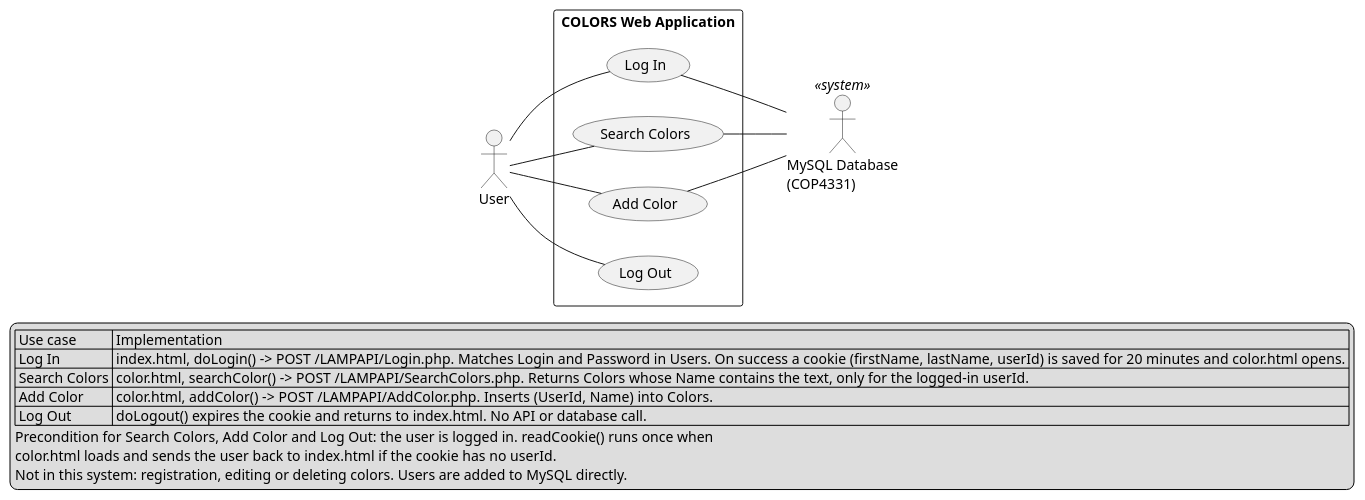
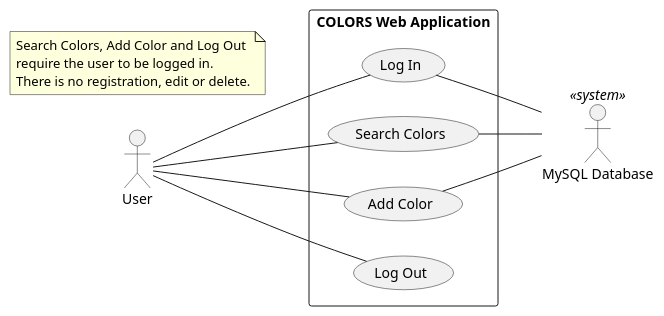
The diagram in docs/uml/usecase.puml (acsahl/colors-lab), drawn with PlantUML before and after one commit. The commit also changed 5 other files, not shown here.

First line of the commit message:
Simplify UML diagrams

```diff
--- a/docs/uml/usecase.puml
+++ b/docs/uml/usecase.puml
@@ -1,39 +1,26 @@
 @startuml usecase
-' Use case diagram for the COLORS web application (COP 4331 LAMP lab).
-' Based on public/js/code.js and the PHP files in api/.
+' Use case diagram for the COLORS web application.
 left to right direction
-skinparam packageStyle rectangle
 skinparam shadowing false
 
-actor "User" as User
-actor "MySQL Database\n(COP4331)" as DB <<system>>
+actor User
+actor "MySQL Database" as DB <<system>>
 
 rectangle "COLORS Web Application" {
-  usecase "Log In" as UC_Login
-  usecase "Search Colors" as UC_Search
-  usecase "Add Color" as UC_Add
-  usecase "Log Out" as UC_Logout
+  usecase "Log In" as Login
+  usecase "Search Colors" as Search
+  usecase "Add Color" as Add
+  usecase "Log Out" as Logout
 }
 
-' Primary actor
-User -- UC_Login
-User -- UC_Search
-User -- UC_Add
-User -- UC_Logout
+User -- Login
+User -- Search
+User -- Add
+User -- Logout
 
-' Secondary actor: only the use cases that call a PHP endpoint touch MySQL
-UC_Login -- DB
-UC_Search -- DB
-UC_Add -- DB
+Login -- DB
+Search -- DB
+Add -- DB
 
-legend bottom
-  | Use case | Implementation |
-  | Log In | index.html, doLogin() -> POST /LAMPAPI/Login.php. Matches Login and Password in Users. On success a cookie (firstName, lastName, userId) is saved for 20 minutes and color.html opens. |
-  | Search Colors | color.html, searchColor() -> POST /LAMPAPI/SearchColors.php. Returns Colors whose Name contains the text, only for the logged-in userId. |
-  | Add Color | color.html, addColor() -> POST /LAMPAPI/AddColor.php. Inserts (UserId, Name) into Colors. |
-  | Log Out | doLogout() expires the cookie and returns to index.html. No API or database call. |
-  Precondition for Search Colors, Add Color and Log Out: the user is logged in. readCookie() runs once when
-  color.html loads and sends the user back to index.html if the cookie has no userId.
-  Not in this system: registration, editing or deleting colors. Users are added to MySQL directly.
-endlegend
+note "Search Colors, Add Color and Log Out\nrequire the user to be logged in.\nThere is no registration, edit or delete." as N1
 @enduml
```
